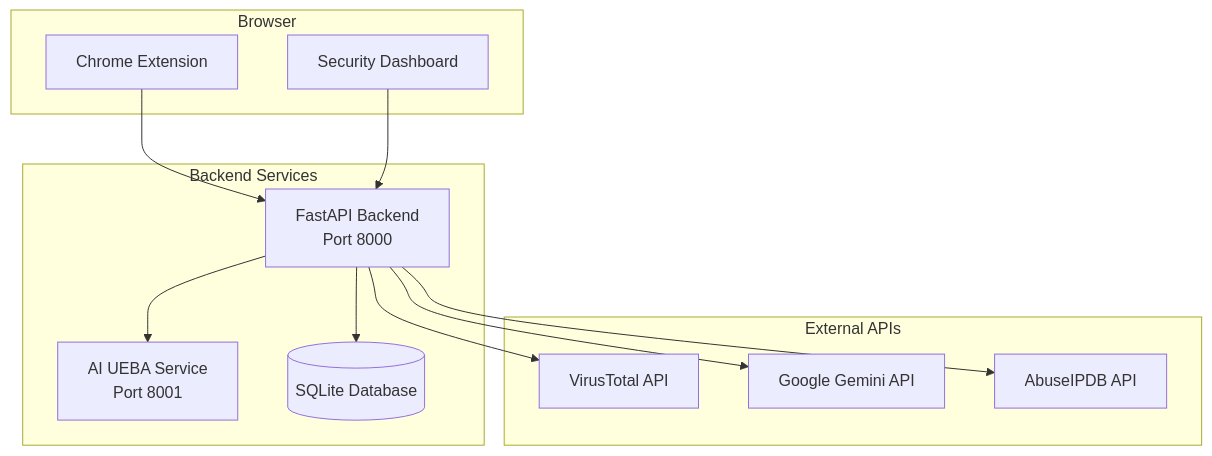
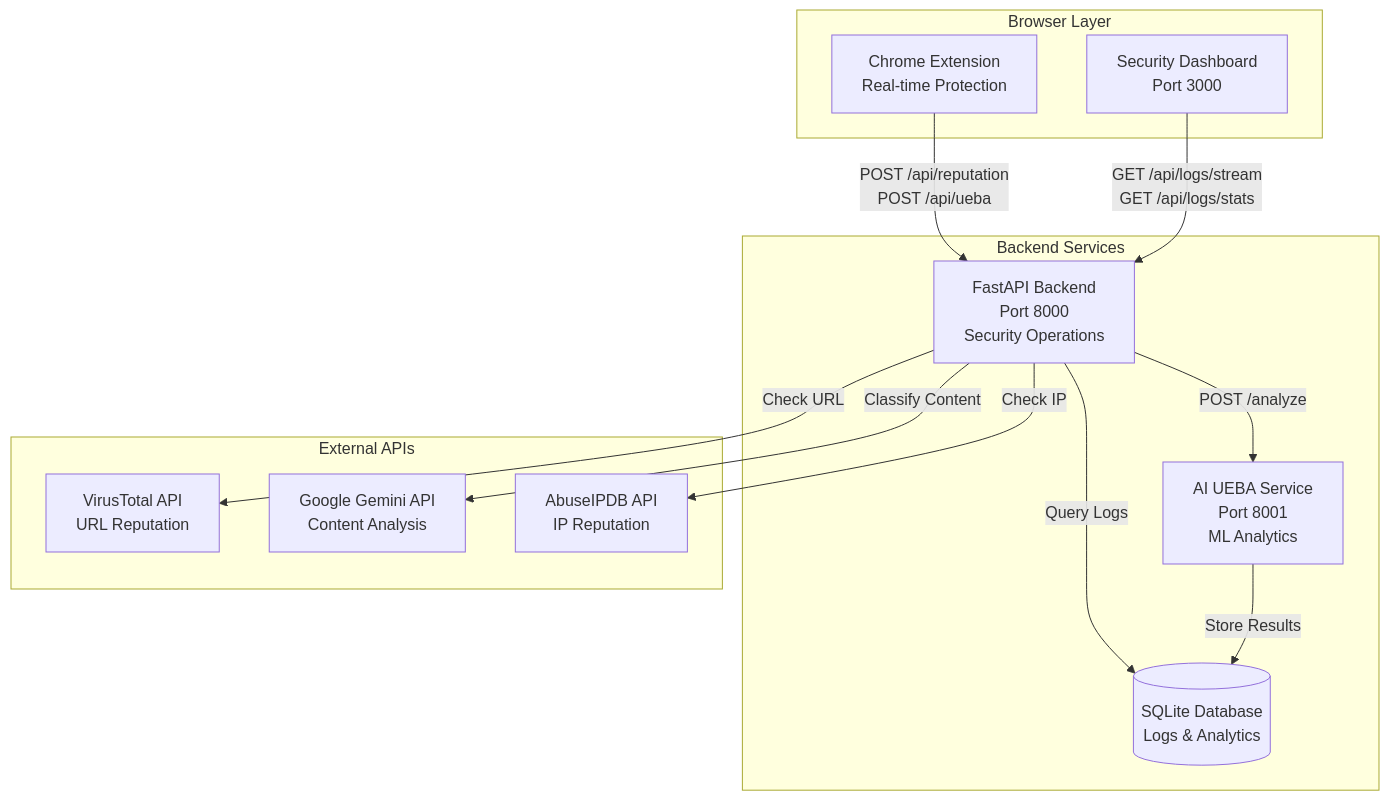
Before and after one commit to faridjavadov/Cybercell-Hackathon-Front-Back-ChromeExtension: the first of 2 diagrams in README.md, drawn with Mermaid. The commit also changed other lines of this file and 1 other file, not shown here.

Commit message:
Comprehensive docs

````diff
--- a/README.md
+++ b/README.md
@@ -52,27 +54,28 @@
 ```mermaid
 graph TB
-    subgraph "Browser"
-        EXT[Chrome Extension]
-        DASH[Security Dashboard]
+    subgraph "Browser Layer"
+        EXT[Chrome Extension<br/>Real-time Protection]
+        DASH[Security Dashboard<br/>Port 3000]
     end
     
     subgraph "Backend Services"
-        API[FastAPI Backend<br/>Port 8000]
-        AI[AI UEBA Service<br/>Port 8001]
-        DB[(SQLite Database)]
+        API[FastAPI Backend<br/>Port 8000<br/>Security Operations]
+        AI[AI UEBA Service<br/>Port 8001<br/>ML Analytics]
+        DB[(SQLite Database<br/>Logs & Analytics)]
     end
     
     subgraph "External APIs"
-        VT[VirusTotal API]
-        GEM[Google Gemini API]
-        ABUSE[AbuseIPDB API]
+        VT[VirusTotal API<br/>URL Reputation]
+        GEM[Google Gemini API<br/>Content Analysis]
+        ABUSE[AbuseIPDB API<br/>IP Reputation]
     end
     
-    EXT --> API
-    DASH --> API
-    API --> AI
-    API --> DB
-    API --> VT
-    API --> GEM
-    API --> ABUSE
+    EXT -->|POST /api/reputation<br/>POST /api/ueba| API
+    DASH -->|GET /api/logs/stream<br/>GET /api/logs/stats| API
+    API -->|POST /analyze| AI
+    API -->|Query Logs| DB
+    API -->|Check URL| VT
+    API -->|Classify Content| GEM
+    API -->|Check IP| ABUSE
+    AI -->|Store Results| DB
 ```
````
